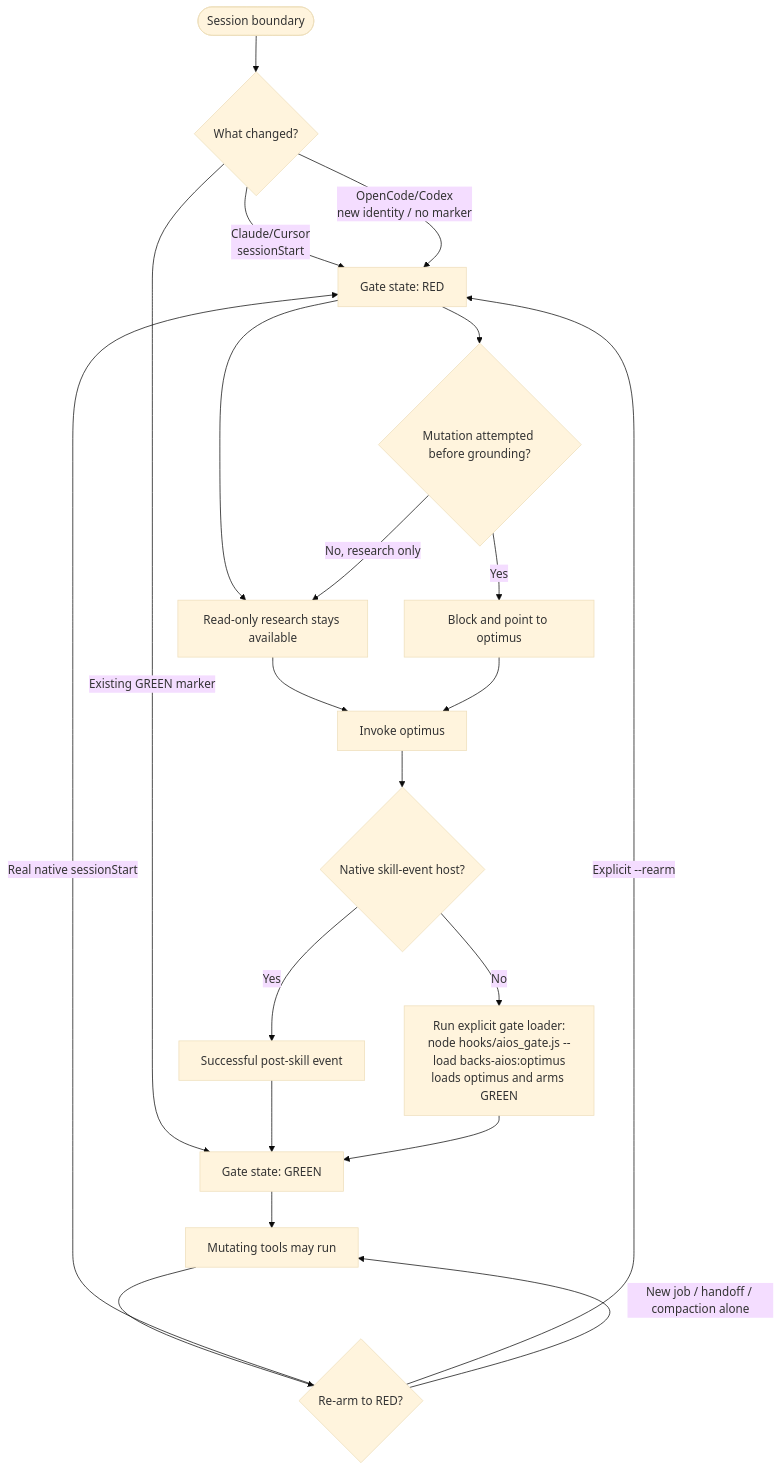
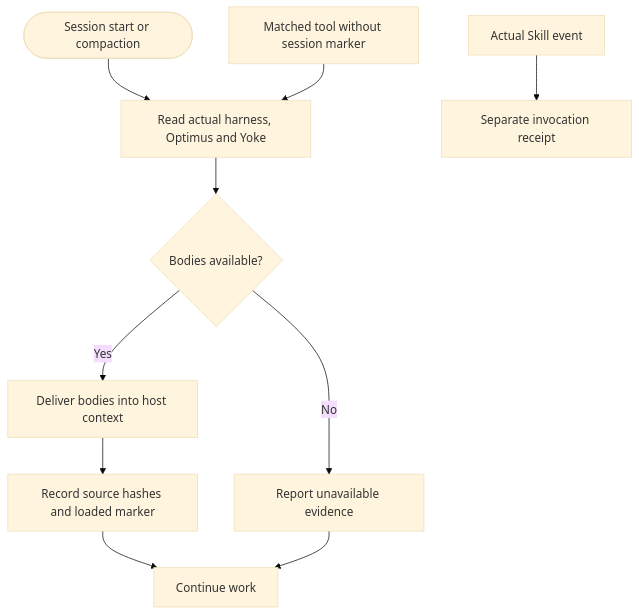
One commit to Tcuzzo/backs-aios-skills changed the third of 9 diagrams in docs/FLOWCHARTS.md. Above: the diagram before and after it, drawn with Mermaid (base theme). The commit also changed other lines of this file and 9 other files, not shown here.

Commit message:
fix(hooks): autoload actual grounding without tool refusal

````diff
--- a/docs/FLOWCHARTS.md
+++ b/docs/FLOWCHARTS.md
@@ -217,26 +217,14 @@
 ```mermaid
 flowchart TD
-  accTitle: Session boot and deterministic grounding gate
-  accDescr: Claude/Cursor native sessionStart or a new OpenCode/Codex identity with no marker starts RED. An existing GREEN marker stays GREEN. From RED, research is allowed and then Optimus is invoked; native skill-event hosts arm GREEN on a successful post-skill event, while non-native hosts use the explicit gate loader --load to load Optimus and arm GREEN. Re-arm to RED happens only on a real native sessionStart or explicit --rearm; a new job, handoff, or compaction alone does not rearm.
-
-  Start([Session boundary]) --> Boundary{What changed?}
-  Boundary -->|Claude/Cursor<br/>sessionStart| Red[Gate state: RED]
-  Boundary -->|OpenCode/Codex<br/>new identity / no marker| Red
-  Boundary -->|Existing GREEN marker| Green[Gate state: GREEN]
-  Red --> Read[Read-only research stays available]
-  Read --> Boot[Invoke optimus]
-  Boot --> Event{Native skill-event host?}
-  Event -->|Yes| Post[Successful post-skill event]
-  Post --> Green
-  Event -->|No| Explicit[Run explicit gate loader:<br/>node hooks/aios_gate.js --load backs-aios:optimus<br/>loads optimus and arms GREEN]
-  Explicit --> Green
-  Green --> Work[Mutating tools may run]
-  Work --> Rearm{Re-arm to RED?}
-  Rearm -->|Real native sessionStart| Red
-  Rearm -->|Explicit --rearm| Red
-  Rearm -->|New job / handoff / compaction alone| Work
-  Red --> Mutate{Mutation attempted before grounding?}
-  Mutate -->|Yes| Block[Block and point to optimus]
-  Block --> Boot
-  Mutate -->|No, research only| Read
+  accTitle: Automatic grounding without tool denial
+  accDescr: Session start and compaction deliver current floor bodies. Missing grounding triggers another load, with truthful evidence and no tool refusal.
+  Start([Session start or compaction]) --> Read[Read actual harness, Optimus and Yoke]
+  Missing[Matched tool without session marker] --> Read
+  Read --> Available{Bodies available?}
+  Available -->|Yes| Deliver[Deliver bodies into host context]
+  Deliver --> Receipt[Record source hashes and loaded marker]
+  Available -->|No| Warn[Report unavailable evidence]
+  Receipt --> Work[Continue work]
+  Warn --> Work
+  Skill[Actual Skill event] --> SkillReceipt[Separate invocation receipt]
 ```
````
